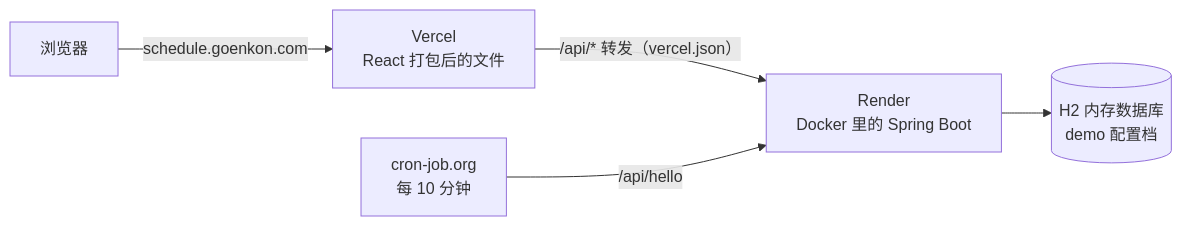
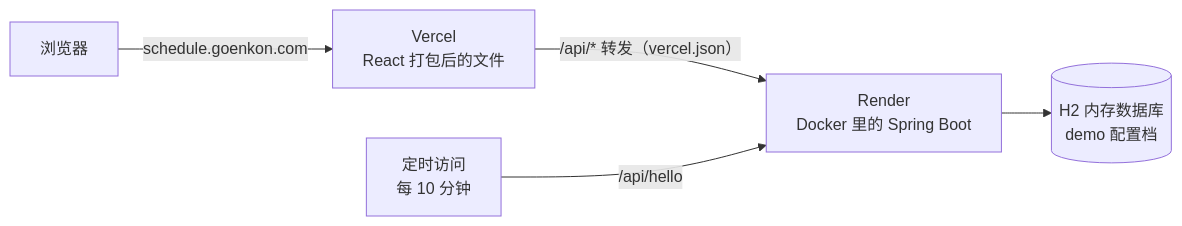
The diagram in README.zh-CN.md (goenkon97/schedule-system), drawn with Mermaid before and after one commit. The commit also changed other lines of this file and 2 other files, not shown here.

First line of the commit message:
README：修正后端休眠的说明——已设置每 10 分钟定时访问 /api/hello 保持唤醒，前后说法统一（英文、日文、中文）

````diff
--- a/README.zh-CN.md
+++ b/README.zh-CN.md
@@ -50,7 +50,7 @@
 ```mermaid
 flowchart LR
   B[浏览器] -->|schedule.goenkon.com| V[Vercel<br/>React 打包后的文件]
   V -->|"/api/* 转发（vercel.json）"| R[Render<br/>Docker 里的 Spring Boot]
   R --> D[(H2 内存数据库<br/>demo 配置档)]
-  C[cron-job.org<br/>每 10 分钟] -->|/api/hello| R
+  C[定时访问<br/>每 10 分钟] -->|/api/hello| R
 ```
````
